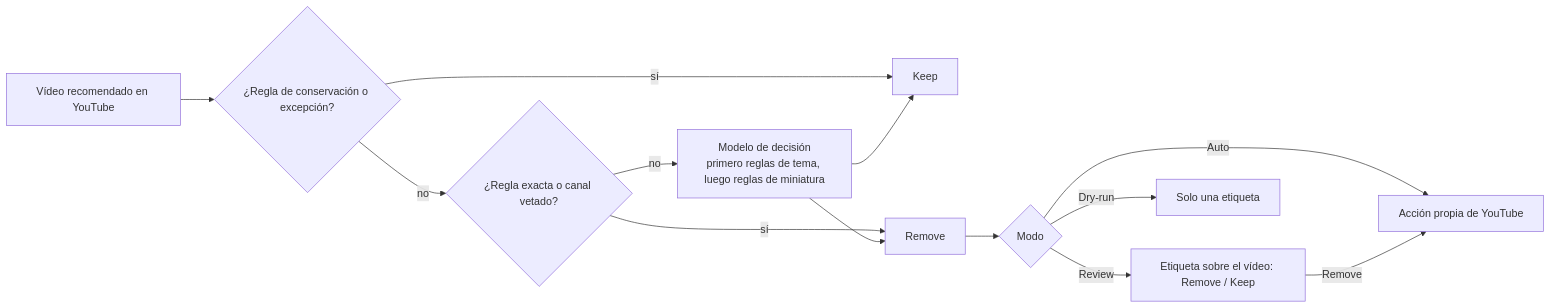
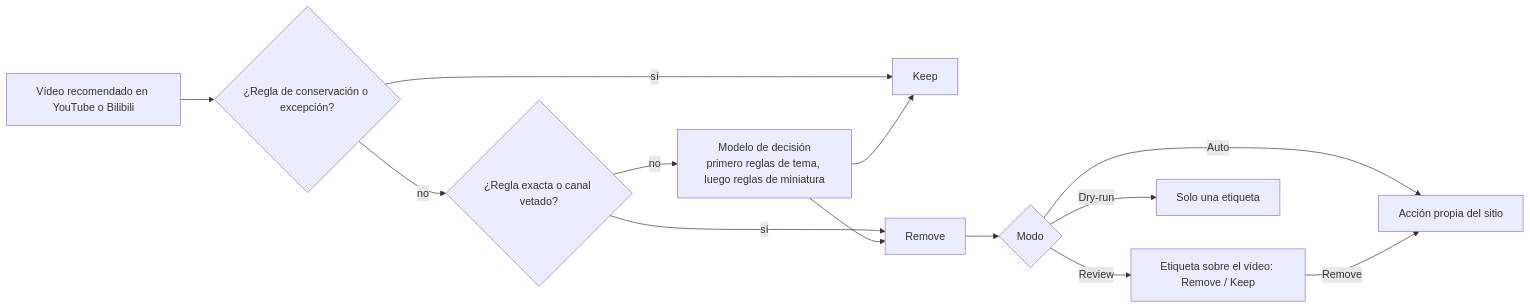
The diagram in docs/i18n/README.es.md (Laoweek/shoo), drawn with Mermaid before and after one commit. The commit also changed other lines of this file and 211 other files, not shown here.

````diff
--- a/docs/i18n/README.es.md
+++ b/docs/i18n/README.es.md
@@ -23,15 +23,15 @@
 ```mermaid
 flowchart LR
-  T[Vídeo recomendado en YouTube] --> K{¿Regla de conservación o excepción?}
+  T[Vídeo recomendado en YouTube o Bilibili] --> K{¿Regla de conservación o excepción?}
   K -- sí --> Keep[Keep]
   K -- no --> E{¿Regla exacta o canal vetado?}
   E -- sí --> V[Remove]
   E -- no --> M[Modelo de decisión<br/>primero reglas de tema, luego reglas de miniatura]
   M --> V
   M --> Keep
   V --> Mode{Modo}
-  Mode -- Auto --> A[Acción propia de YouTube]
+  Mode -- Auto --> A[Acción propia del sitio]
   Mode -- Review --> C[Etiqueta sobre el vídeo: Remove / Keep]
   Mode -- Dry-run --> L[Solo una etiqueta]
   C -- Remove --> A
 ```
````
